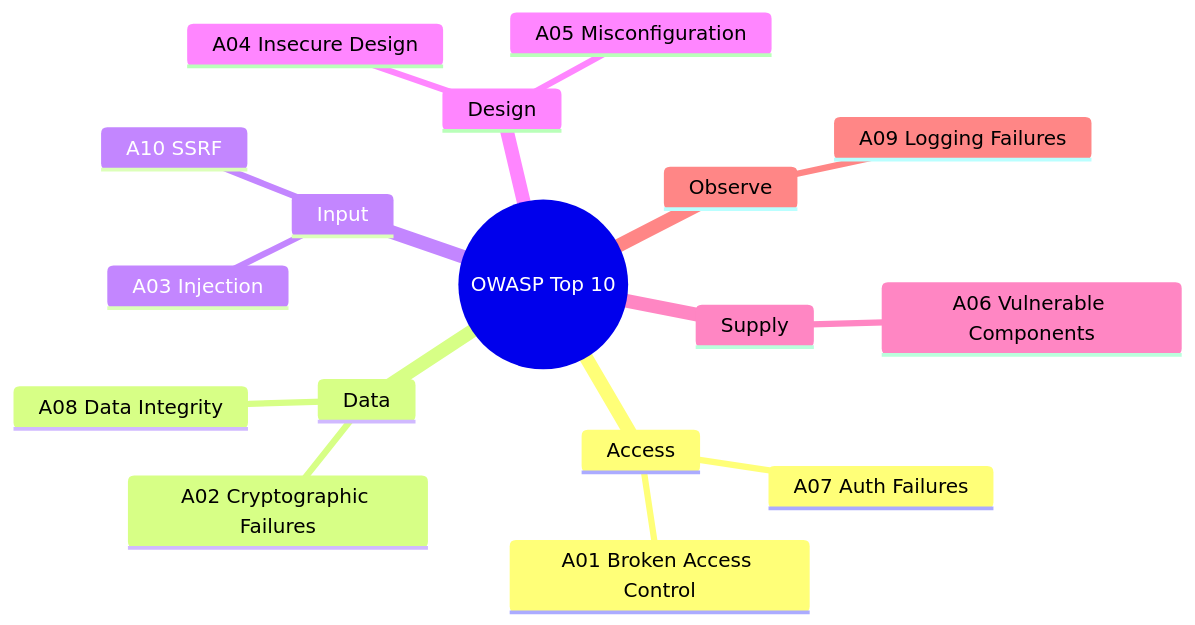
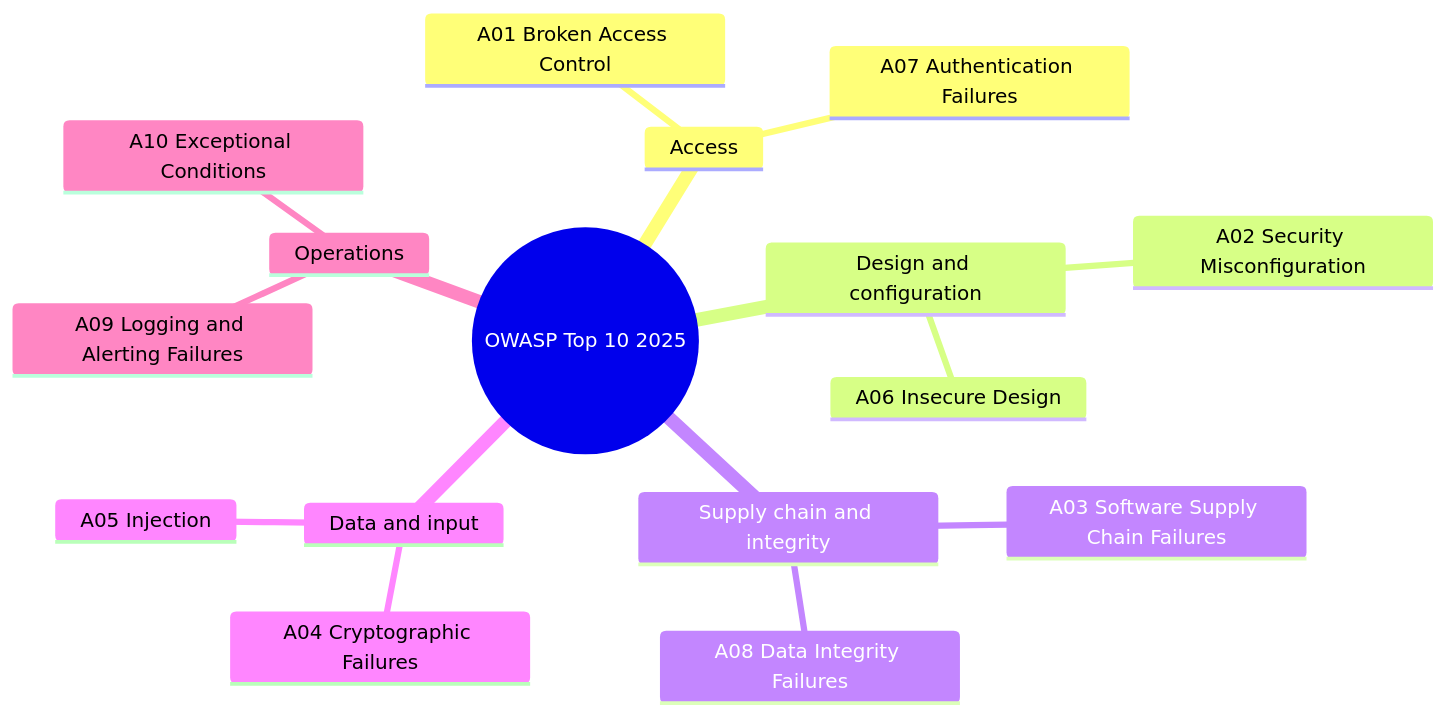
Before and after one commit to arrmagazin/engx: the first of 2 diagrams in docs/02-architecture/02-security-web.md, drawn with Mermaid. The commit also changed other lines of this file, not shown here.

Commit message:
docs(02-architecture): update the security guide to OWASP 2025 and remove three unsupportable claims

````diff
--- a/docs/02-architecture/02-security-web.md
+++ b/docs/02-architecture/02-security-web.md
@@ -37,20 +39,19 @@
 ```mermaid
 mindmap
-  root((OWASP Top 10))
+  root((OWASP Top 10 2025))
     Access
       A01 Broken Access Control
-      A07 Auth Failures
-    Data
-      A02 Cryptographic Failures
-      A08 Data Integrity
-    Input
-      A03 Injection
-      A10 SSRF
-    Design
-      A04 Insecure Design
-      A05 Misconfiguration
-    Supply
-      A06 Vulnerable Components
-    Observe
-      A09 Logging Failures
+      A07 Authentication Failures
+    Design and configuration
+      A02 Security Misconfiguration
+      A06 Insecure Design
+    Supply chain and integrity
+      A03 Software Supply Chain Failures
+      A08 Data Integrity Failures
+    Data and input
+      A04 Cryptographic Failures
+      A05 Injection
+    Operations
+      A09 Logging and Alerting Failures
+      A10 Exceptional Conditions
 ```
````
